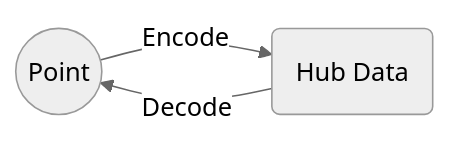
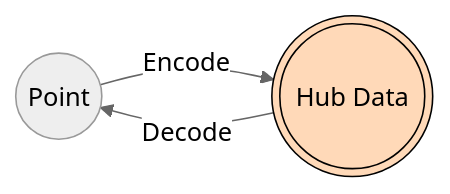
The third of 3 diagrams in README.md (eenti-utils/xl8r), drawn with Mermaid (neutral theme) before and after one commit. The commit also changed other lines of this file, not shown here.

````diff
--- a/README.md
+++ b/README.md
@@ -49,5 +64,7 @@
 ```mermaid
 graph LR
-  A((Point)) -- Encode --> H(Hub Data)
-  H(Hub Data) -- Decode --> A((Point))
+  A((Point)) -- Encode --> H(((Hub Data)))
+  H -- Decode --> A((Point))
+
+  style H fill:#FFD9B8,stroke:black,color:black
 ```
````
